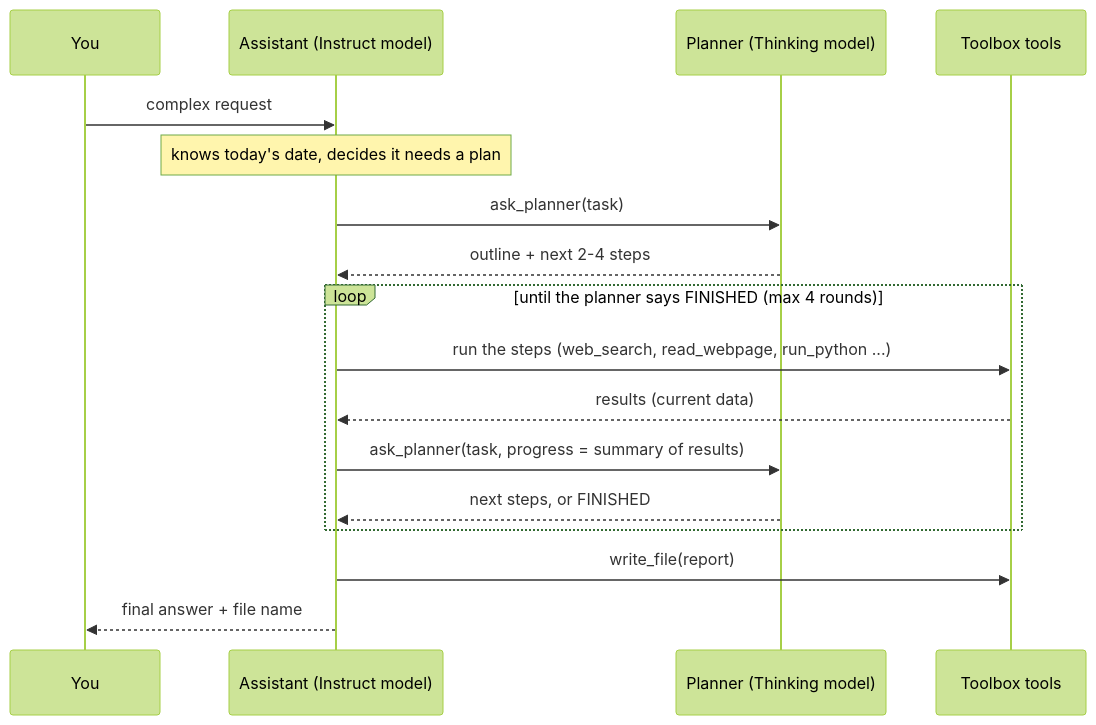
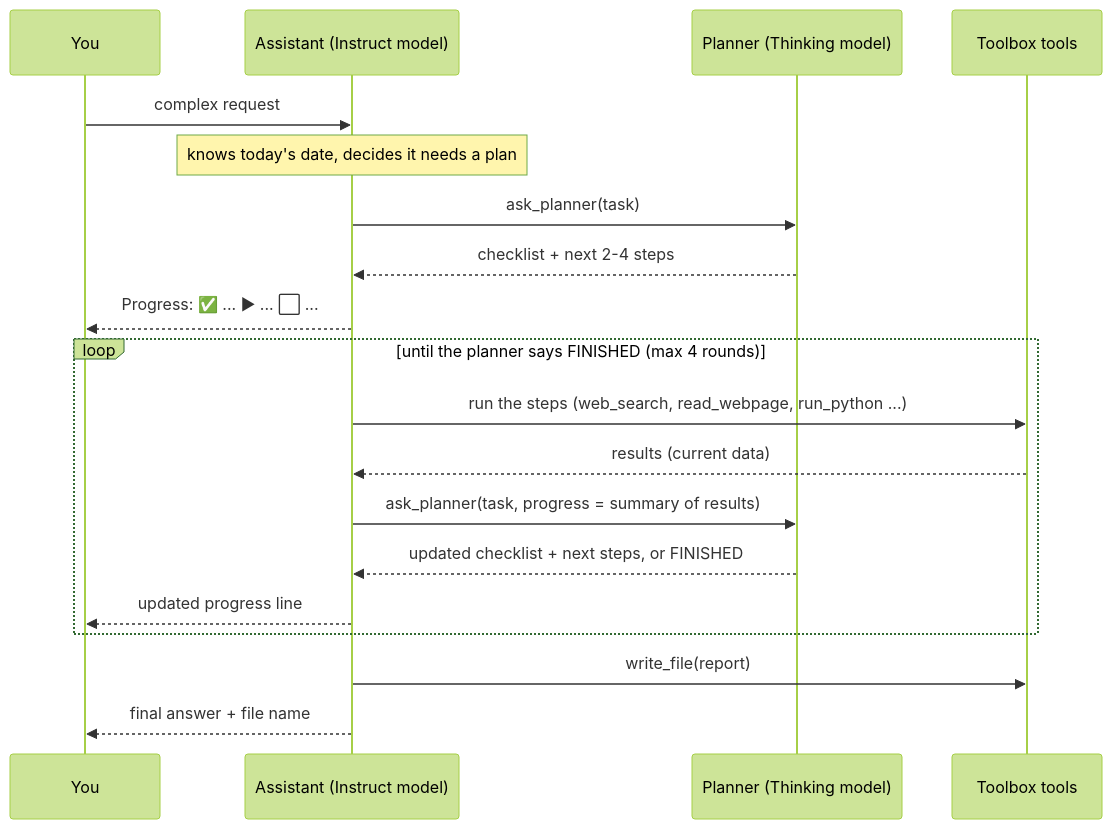
One commit to dhoon-ai/dhoon changed the second of 2 diagrams in README.md. Above: the diagram before and after it, drawn with Mermaid (forest theme). The commit also changed other lines of this file and 4 other files, not shown here.

First line of the commit message:
Visible progress: planner checklist posted as a one-line update each round

````diff
--- a/README.md
+++ b/README.md
@@ -101,19 +103,21 @@
 ```mermaid
 sequenceDiagram
     participant You
     participant A as Assistant (Instruct model)
     participant P as Planner (Thinking model)
     participant T as Toolbox tools
     You->>A: complex request
     Note over A: knows today's date, decides it needs a plan
     A->>P: ask_planner(task)
-    P-->>A: outline + next 2-4 steps
+    P-->>A: checklist + next 2-4 steps
+    A-->>You: Progress: ✅ ... ▶ ... ⬜ ...
     loop until the planner says FINISHED (max 4 rounds)
         A->>T: run the steps (web_search, read_webpage, run_python ...)
         T-->>A: results (current data)
         A->>P: ask_planner(task, progress = summary of results)
-        P-->>A: next steps, or FINISHED
+        P-->>A: updated checklist + next steps, or FINISHED
+        A-->>You: updated progress line
     end
     A->>T: write_file(report)
     A-->>You: final answer + file name
 ```
````
